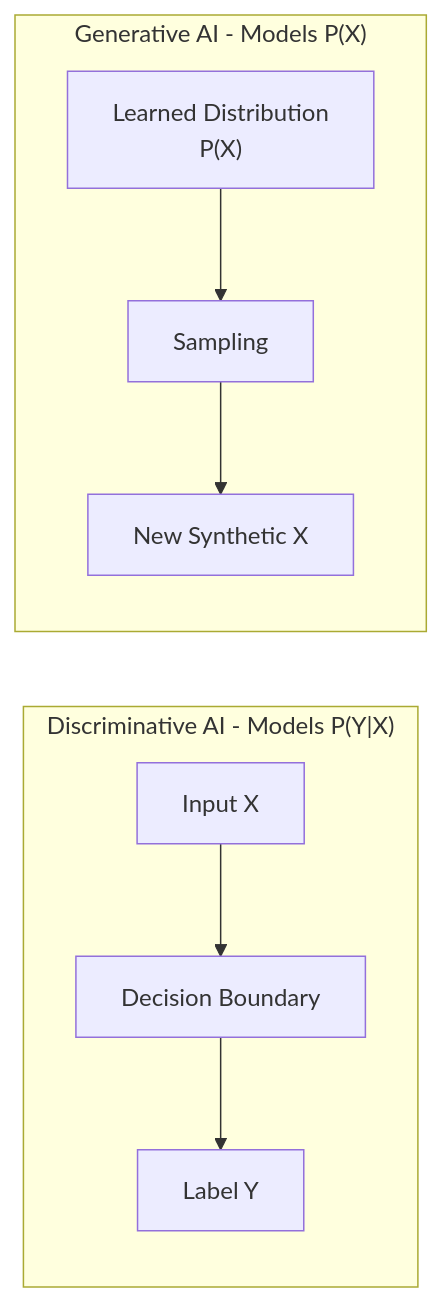
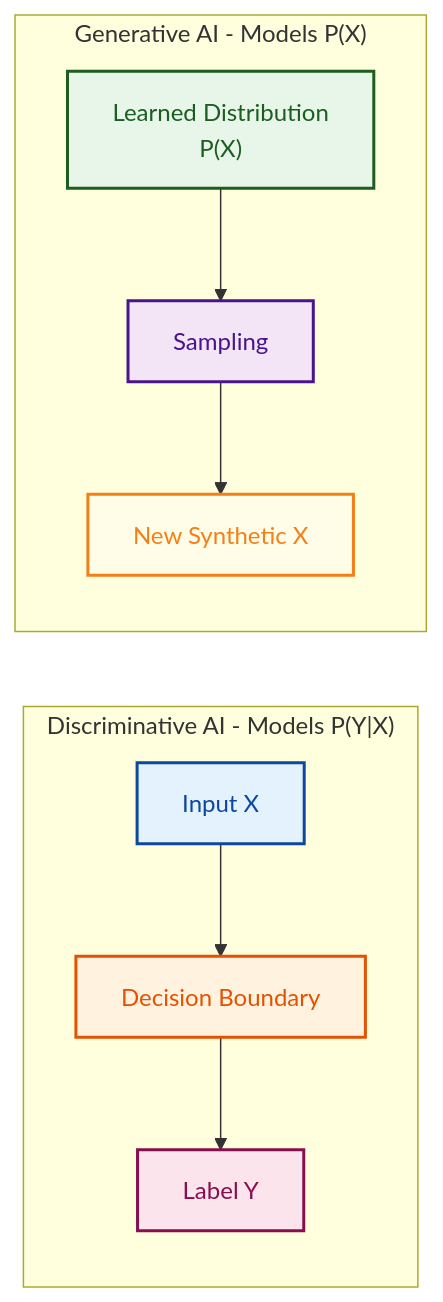
Before and after one commit to GyanendraChaubey/AI-Engineering-Notes: the first of 7 diagrams in docs/01-prompt-engineering/README.md, drawn with Mermaid. The commit also changed other lines of this file and 15 other files, not shown here.

Commit message:
style: apply light color palette to remaining Mermaid diagrams (docs 15 & 16)

````diff
--- a/docs/01-prompt-engineering/README.md
+++ b/docs/01-prompt-engineering/README.md
@@ -15,9 +15,15 @@
 ```mermaid
 graph LR
     subgraph Discriminative["Discriminative AI - Models P(Y|X)"]
         A[Input X] --> B["Decision Boundary"] --> C[Label Y]
     end
     subgraph Generative["Generative AI - Models P(X)"]
         D["Learned Distribution\nP(X)"] --> E["Sampling"] --> F["New Synthetic X"]
     end
+    style A fill:#e3f2fd,stroke:#0d47a1,stroke-width:2px,color:#0d47a1
+    style B fill:#fff3e0,stroke:#e65100,stroke-width:2px,color:#e65100
+    style C fill:#fce4ec,stroke:#880e4f,stroke-width:2px,color:#880e4f
+    style D fill:#e8f5e9,stroke:#1b5e20,stroke-width:2px,color:#1b5e20
+    style E fill:#f3e5f5,stroke:#4a148c,stroke-width:2px,color:#4a148c
+    style F fill:#fffde7,stroke:#f57f17,stroke-width:2px,color:#f57f17
 ```
````
